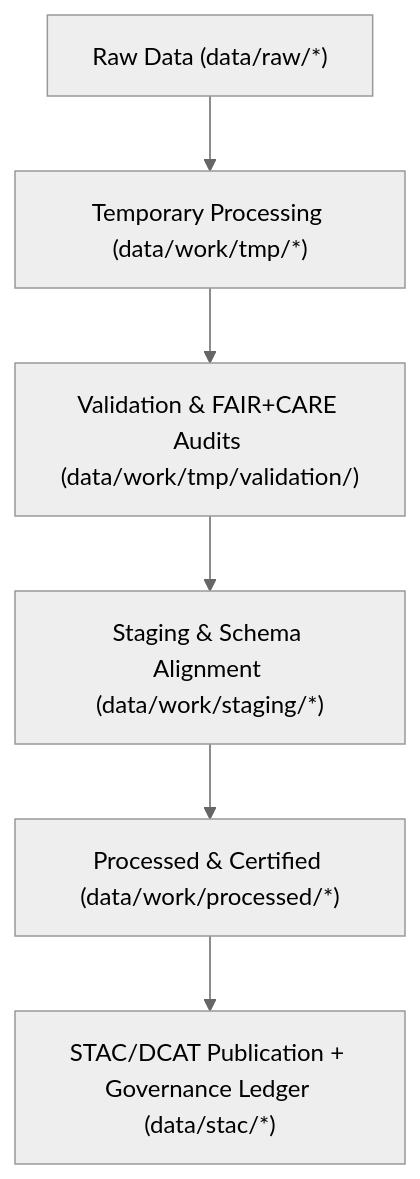
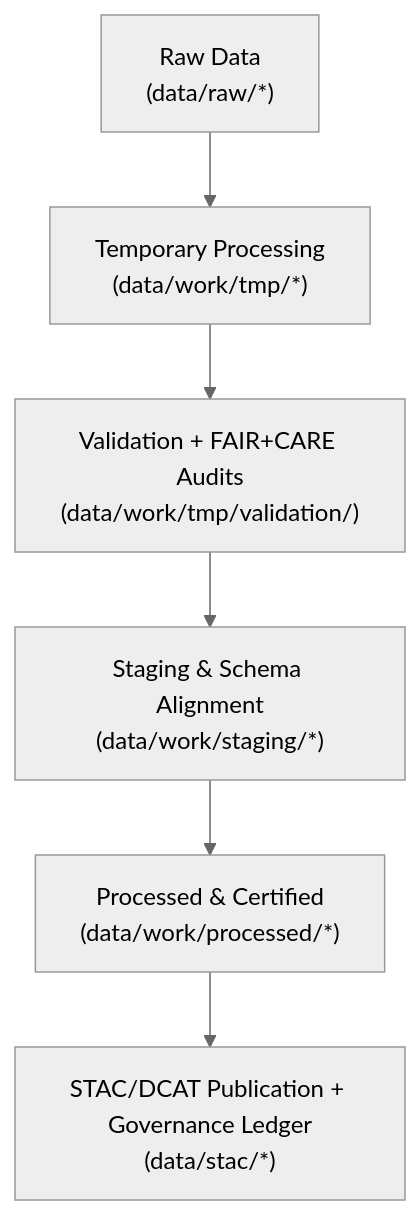
One commit to bartytime4life/Kansas-Frontier-Matrix changed the diagram in data/work/README.md. Above: the diagram before and after it, drawn with Mermaid (neutral theme). The commit also changed other lines of this file, not shown here.

````diff
--- a/data/work/README.md
+++ b/data/work/README.md
@@ -90,8 +93,9 @@
-```mermaid
+~~~~~mermaid
 flowchart TD
-    RAW["Raw Data (data/raw/*)"] --> TMP["Temporary Processing (data/work/tmp/*)"]
-    TMP --> VAL["Validation & FAIR+CARE Audits (data/work/tmp/validation/)"]
-    VAL --> STAGE["Staging & Schema Alignment (data/work/staging/*)"]
-    STAGE --> PROC["Processed & Certified (data/work/processed/*)"]
-    PROC --> PUB["STAC/DCAT Publication + Governance Ledger (data/stac/*)"]
-```
+  A["Raw Data<br/>(data/raw/*)"]
+    --> B["Temporary Processing<br/>(data/work/tmp/*)"]
+  B --> C["Validation + FAIR+CARE Audits<br/>(data/work/tmp/validation/)"]
+  C --> D["Staging & Schema Alignment<br/>(data/work/staging/*)"]
+  D --> E["Processed & Certified<br/>(data/work/processed/*)"]
+  E --> F["STAC/DCAT Publication + Governance Ledger<br/>(data/stac/*)"]
+~~~~~
````
